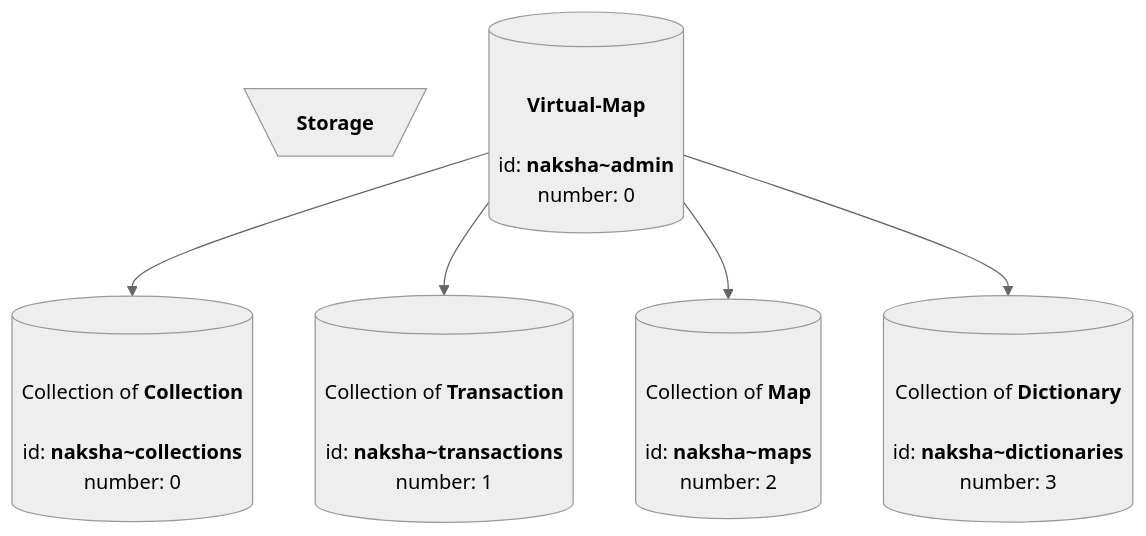
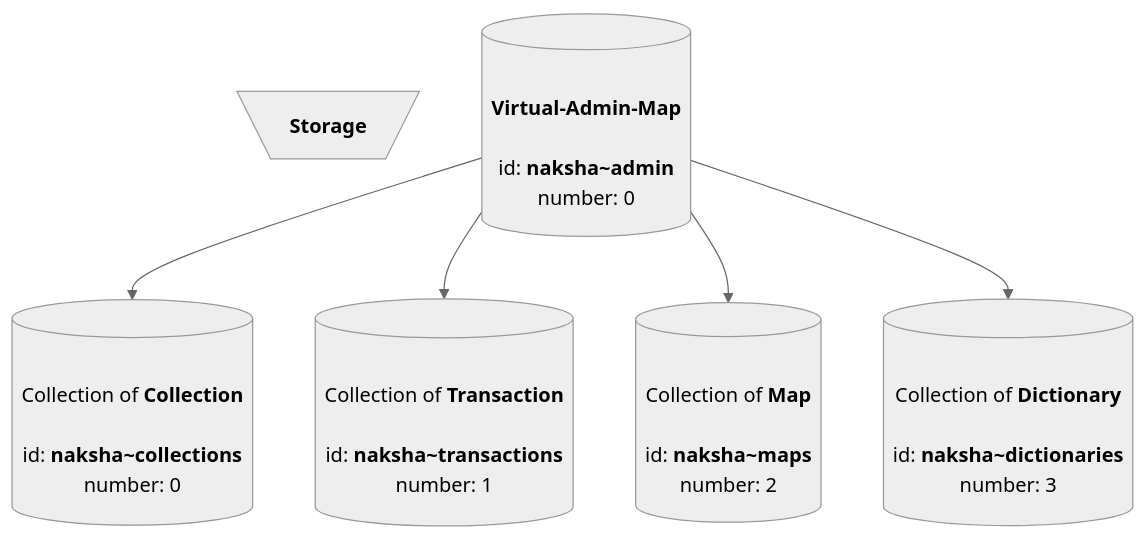
Before and after one commit to heremaps/naksha: the sixth of 11 diagrams in docs/slides/SAL.md, drawn with Mermaid (neutral theme). The commit also changed other lines of this file, not shown here.

````diff
--- a/docs/slides/SAL.md
+++ b/docs/slides/SAL.md
@@ -194,13 +199,13 @@
 ```mermaid
 graph TB
 	Storage[\<b>Storage</b>/]
-	Admin[(\n<b>Virtual-Map</b>\n\nid: <b>naksha~admin</b>\nnumber: 0)]
+	Admin[(\n<b>Virtual-Admin-Map</b>\n\nid: <b>naksha~admin</b>\nnumber: 0)]
 	Collections[(\nCollection of <b>Collection</b>\n\nid: <b>naksha~collections</b>\nnumber: 0)]
 	Tx[(\nCollection of <b>Transaction</b>\n\nid: <b>naksha~transactions</b>\nnumber: 1)]
 	Maps[(\nCollection of <b>Map</b>\n\nid: <b>naksha~maps</b>\nnumber: 2)]
 	Dict[(\nCollection of <b>Dictionary</b>\n\nid: <b>naksha~dictionaries</b>\nnumber: 3)]
 	Admin --> Collections
 	Admin --> Tx
 	Admin --> Maps
 	Admin --> Dict
 ```
````
